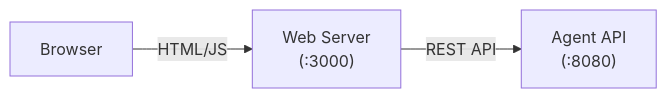
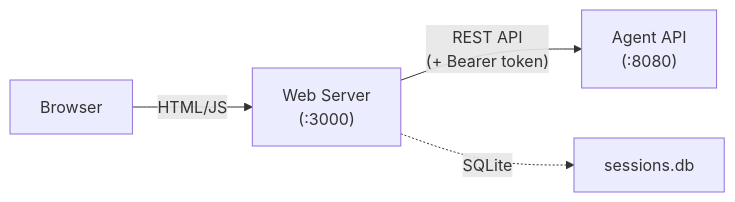
The second of 3 diagrams in docs/functionalities.md (smorand/agent-stop-and-go), drawn with Mermaid before and after one commit. The commit also changed other lines of this file and 22 other files, not shown here.

````diff
--- a/docs/functionalities.md
+++ b/docs/functionalities.md
@@ -538,5 +539,6 @@
 ```mermaid
 flowchart LR
     Browser -->|"HTML/JS"| Web["Web Server<br/>(:3000)"]
-    Web -->|"REST API"| Agent["Agent API<br/>(:8080)"]
+    Web -->|"REST API<br/>(+ Bearer token)"| Agent["Agent API<br/>(:8080)"]
+    Web -.->|"SQLite"| DB["sessions.db"]
 ```
````
